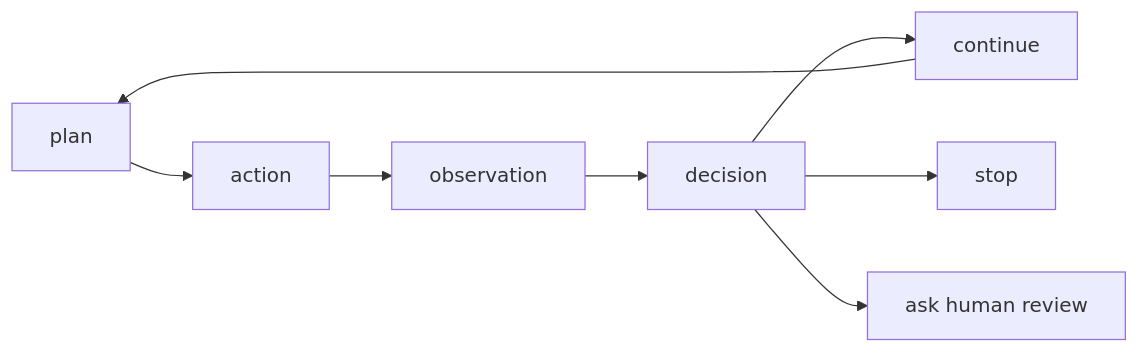
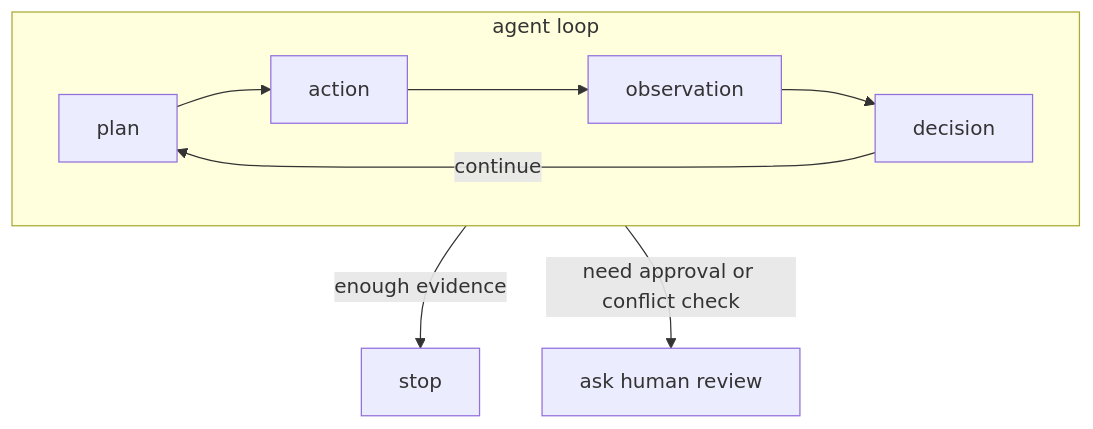
The second of 2 diagrams in docs/parts/part-05/chapter-13/section-02.md (devchan64/AiBook), drawn with Mermaid before and after one commit. The commit also changed 1 other file, not shown here.

Commit message:
docs: simplify decision and agent loop diagrams

````diff
--- a/docs/parts/part-05/chapter-13/section-02.md
+++ b/docs/parts/part-05/chapter-13/section-02.md
@@ -181,15 +181,11 @@
 ```mermaid
-flowchart LR
-  A["plan"]
-  B["action"]
-  C["observation"]
-  D["decision"]
-  E["continue"]
-  F["stop"]
-  G["ask human review"]
+flowchart TD
+  subgraph L["agent loop"]
+    direction LR
+    A["plan"] --> B["action"] --> C["observation"] --> D["decision"]
+  end
 
-  A --> B --> C --> D
-  D --> E --> A
-  D --> F
-  D --> G
+  D -->|continue| A
+  D -->|enough evidence| F["stop"]
+  D -->|need approval or conflict check| G["ask human review"]
 ```
````
